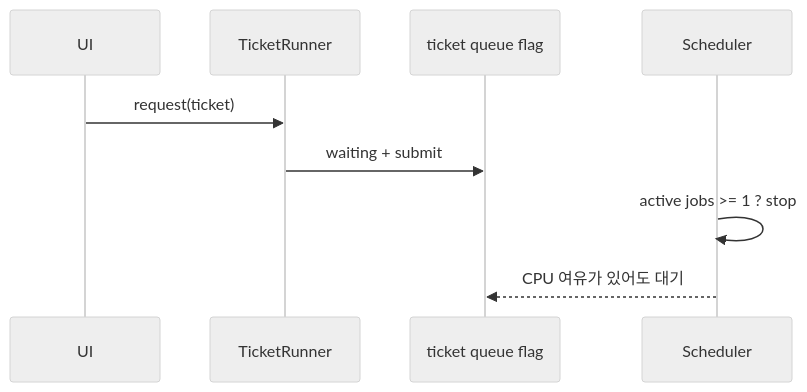
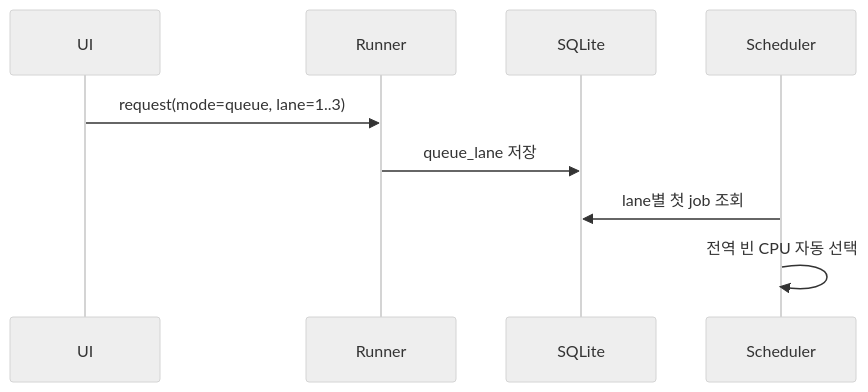
One commit to jo0n-lab/cfd-bot changed the third of 4 diagrams in docs/history/2026-10-06-capacity-aware-parallel-execution.md. Above: the diagram before and after it, drawn with Mermaid (neutral theme). The commit also changed other lines of this file and 57 other files, not shown here.

````diff
--- a/docs/history/2026-10-06-capacity-aware-parallel-execution.md
+++ b/docs/history/2026-10-06-capacity-aware-parallel-execution.md
@@ -57,11 +54,11 @@
 ```mermaid
 sequenceDiagram
     participant UI
-    participant Runner as TicketRunner
-    participant Queue as ticket queue flag
+    participant Runner
+    participant DB as SQLite
     participant Scheduler
-    UI->>Runner: request(ticket)
-    Runner->>Queue: waiting + submit
-    Scheduler->>Scheduler: active jobs >= 1 ? stop
-    Scheduler-->>Queue: CPU 여유가 있어도 대기
+    UI->>Runner: request(mode=queue, lane=1..3)
+    Runner->>DB: queue_lane 저장
+    Scheduler->>DB: lane별 첫 job 조회
+    Scheduler->>Scheduler: 전역 빈 CPU 자동 선택
 ```
````
